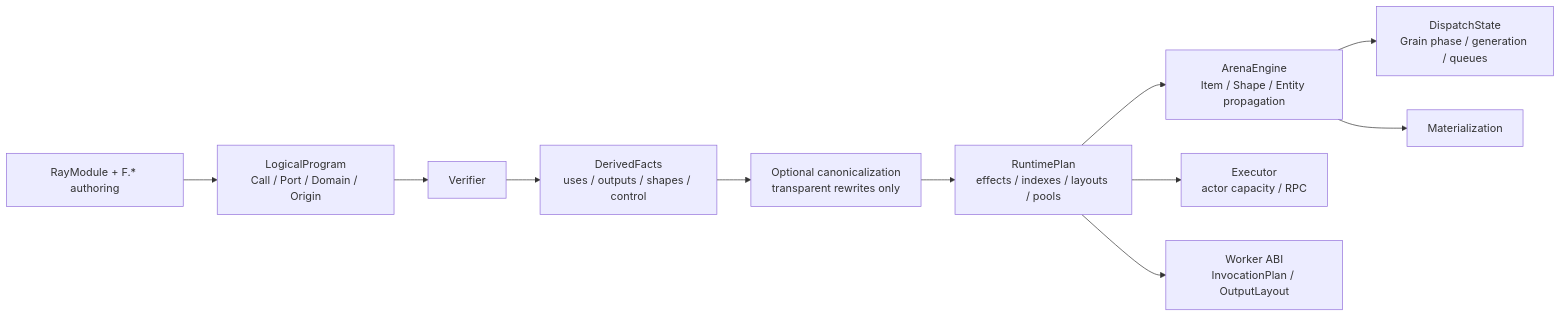
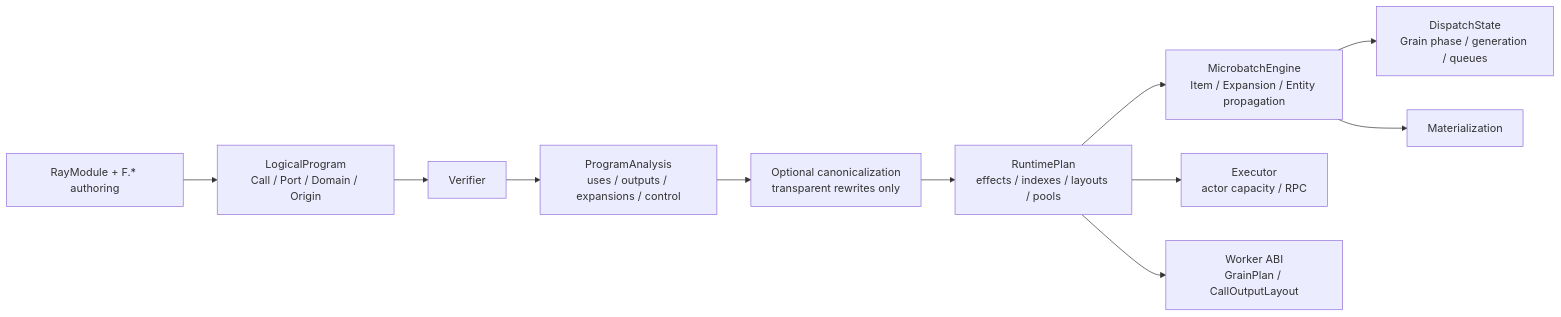
The diagram in docs/multigrain_v3_6.md (OpenDCAI/RayOrch), drawn with Mermaid before and after one commit. The commit also changed other lines of this file and 38 other files, not shown here.

Commit message:
feat(v3.6): unify architecture vocabulary and state ownership

````diff
--- a/docs/multigrain_v3_6.md
+++ b/docs/multigrain_v3_6.md
@@ -35,13 +35,13 @@
 ```mermaid
 flowchart LR
     A["RayModule + F.* authoring"] --> L["LogicalProgram<br/>Call / Port / Domain / Origin"]
     L --> V["Verifier"]
-    V --> D["DerivedFacts<br/>uses / outputs / shapes / control"]
+    V --> D["ProgramAnalysis<br/>uses / outputs / expansions / control"]
     D --> C["Optional canonicalization<br/>transparent rewrites only"]
     C --> R["RuntimePlan<br/>effects / indexes / layouts / pools"]
-    R --> E["ArenaEngine<br/>Item / Shape / Entity propagation"]
+    R --> E["MicrobatchEngine<br/>Item / Expansion / Entity propagation"]
     E --> Q["DispatchState<br/>Grain phase / generation / queues"]
     R --> X["Executor<br/>actor capacity / RPC"]
-    R --> W["Worker ABI<br/>InvocationPlan / OutputLayout"]
+    R --> W["Worker ABI<br/>GrainPlan / CallOutputLayout"]
     E --> M["Materialization"]
 ```
````
